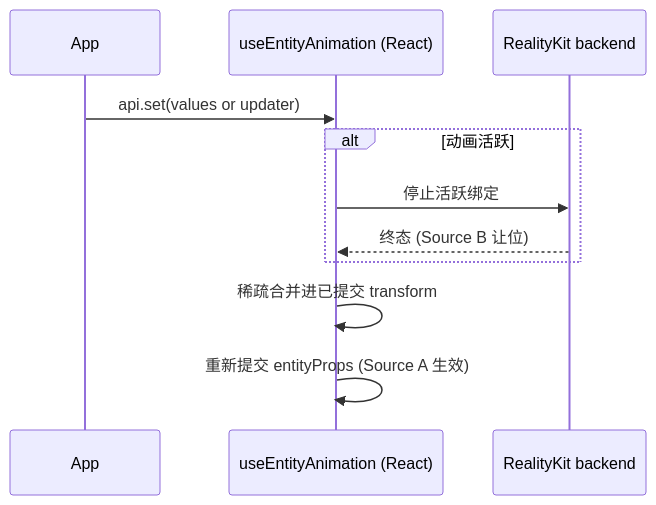
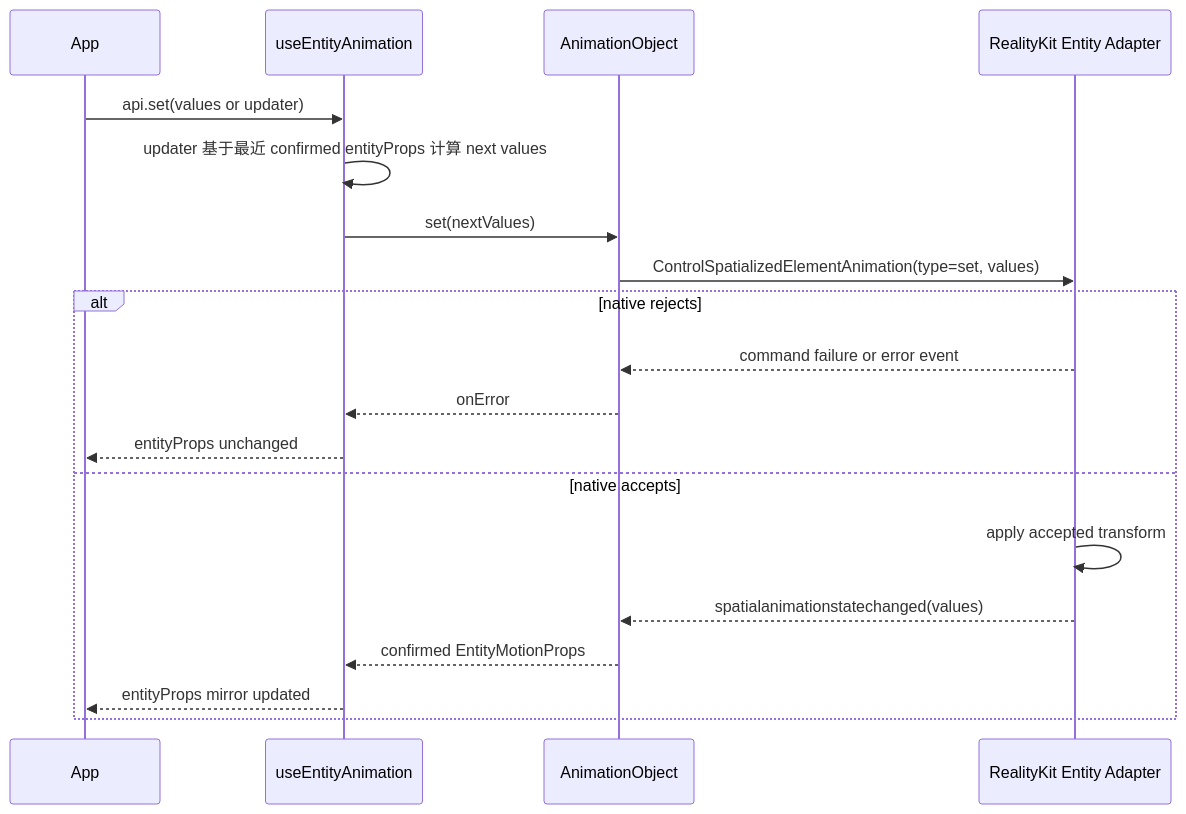
One commit to webspatial/webspatial-sdk changed the fourth of 6 diagrams in openspec/changes/redesign-entity-motion-api/design.zh.md. Above: the diagram before and after it, drawn with Mermaid. The commit also changed other lines of this file and 1 other file, not shown here.

````diff
--- a/openspec/changes/redesign-entity-motion-api/design.zh.md
+++ b/openspec/changes/redesign-entity-motion-api/design.zh.md
@@ -285,13 +259,22 @@
 ```mermaid
 sequenceDiagram
     participant App
-    participant Hook as useEntityAnimation (React)
-    participant Native as RealityKit backend
+    participant Hook as useEntityAnimation
+    participant Obj as AnimationObject
+    participant Native as RealityKit Entity Adapter
+
     App->>Hook: api.set(values or updater)
-    alt 动画活跃
-        Hook->>Native: 停止活跃绑定
-        Native-->>Hook: 终态 (Source B 让位)
+    Hook->>Hook: updater 基于最近 confirmed entityProps 计算 next values
+    Hook->>Obj: set(nextValues)
+    Obj->>Native: ControlSpatializedElementAnimation(type=set, values)
+    alt native rejects
+        Native-->>Obj: command failure or error event
+        Obj-->>Hook: onError
+        Hook-->>App: entityProps unchanged
+    else native accepts
+        Native->>Native: apply accepted transform
+        Native-->>Obj: spatialanimationstatechanged(values)
+        Obj-->>Hook: confirmed EntityMotionProps
+        Hook-->>App: entityProps mirror updated
     end
-    Hook->>Hook: 稀疏合并进已提交 transform
-    Hook->>Hook: 重新提交 entityProps (Source A 生效)
 ```
````
